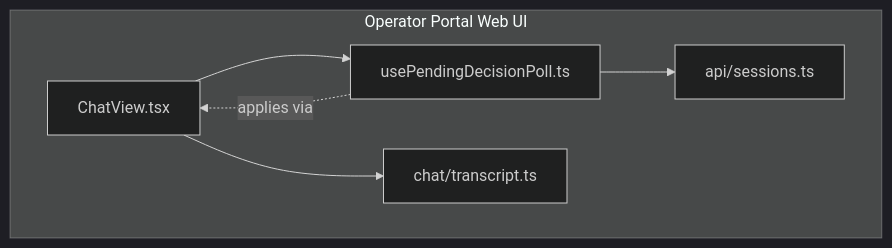
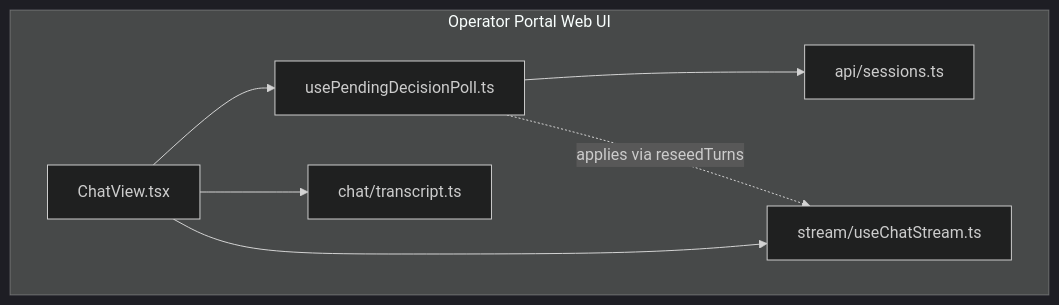
The first of 5 diagrams in .qoder/repowiki/en/content/Architecture Documentation/SPEC-032_ Owner-Side Live Decision Sync.md (metasync/luban-aiops), drawn with Mermaid (dark theme) before and after one commit. The commit also changed other lines of this file and 27 other files, not shown here.

````diff
--- a/.qoder/repowiki/en/content/Architecture Documentation/SPEC-032_ Owner-Side Live Decision Sync.md
+++ b/.qoder/repowiki/en/content/Architecture Documentation/SPEC-032_ Owner-Side Live Decision Sync.md
@@ -41,13 +56,15 @@
 ```mermaid
 graph TB
 subgraph "Operator Portal Web UI"
 CV["ChatView.tsx"]
 Hook["usePendingDecisionPoll.ts"]
 API["api/sessions.ts"]
 Trans["chat/transcript.ts"]
+Stream["stream/useChatStream.ts"]
 end
 CV --> Hook
 Hook --> API
 CV --> Trans
-Hook -.->|applies via| CV
+CV --> Stream
+Hook -.->|applies via reseedTurns| Stream
 ```
````
